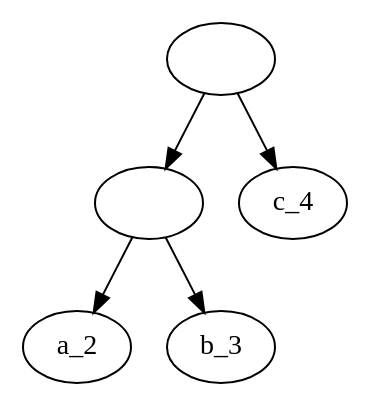
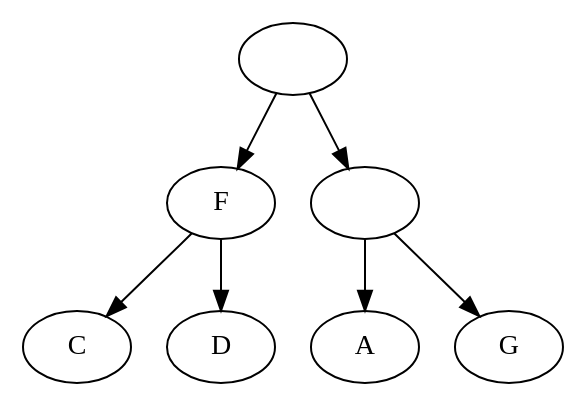
Before and after one commit to iharnoor/PhylogeneticsWebsite: the diagram in ParsingTxt/ParentheticalToDot/actualLabels.dot, drawn with Graphviz. The commit also changed 17 other files, not shown here.

```diff
--- a/ParsingTxt/ParentheticalToDot/actualLabels.dot
+++ b/ParsingTxt/ParentheticalToDot/actualLabels.dot
@@ -1,11 +1,15 @@
 digraph G {
-id5[label=""];
-id3[label=""];
-a_2[label="a_2"];
-id3 ->  a_2
-b_3[label="b_3"];
-id3 ->  b_3
-id5 ->  id3
-c_4[label="c_4"];
-id5 ->  c_4
+id7[label=""];
+F[label="F"];
+C[label="C"];
+F ->  C
+D[label="D"];
+F ->  D
+id7 ->  F
+id6[label=""];
+A[label="A"];
+id6 ->  A
+G[label="G"];
+id6 ->  G
+id7 ->  id6
 }
```
